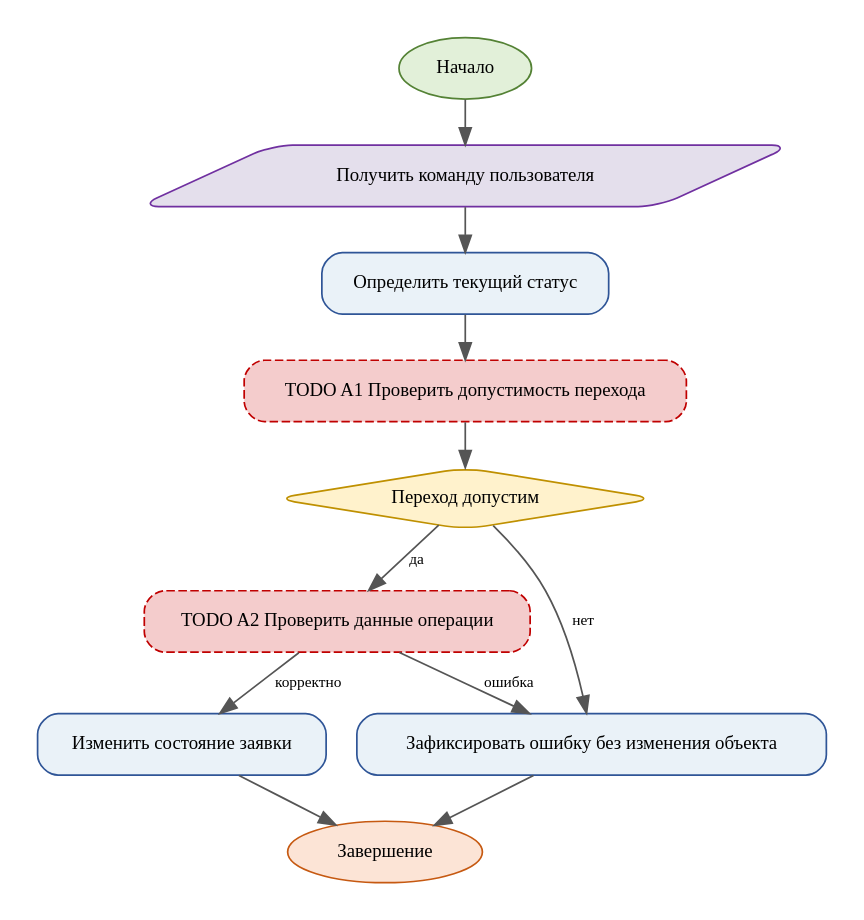
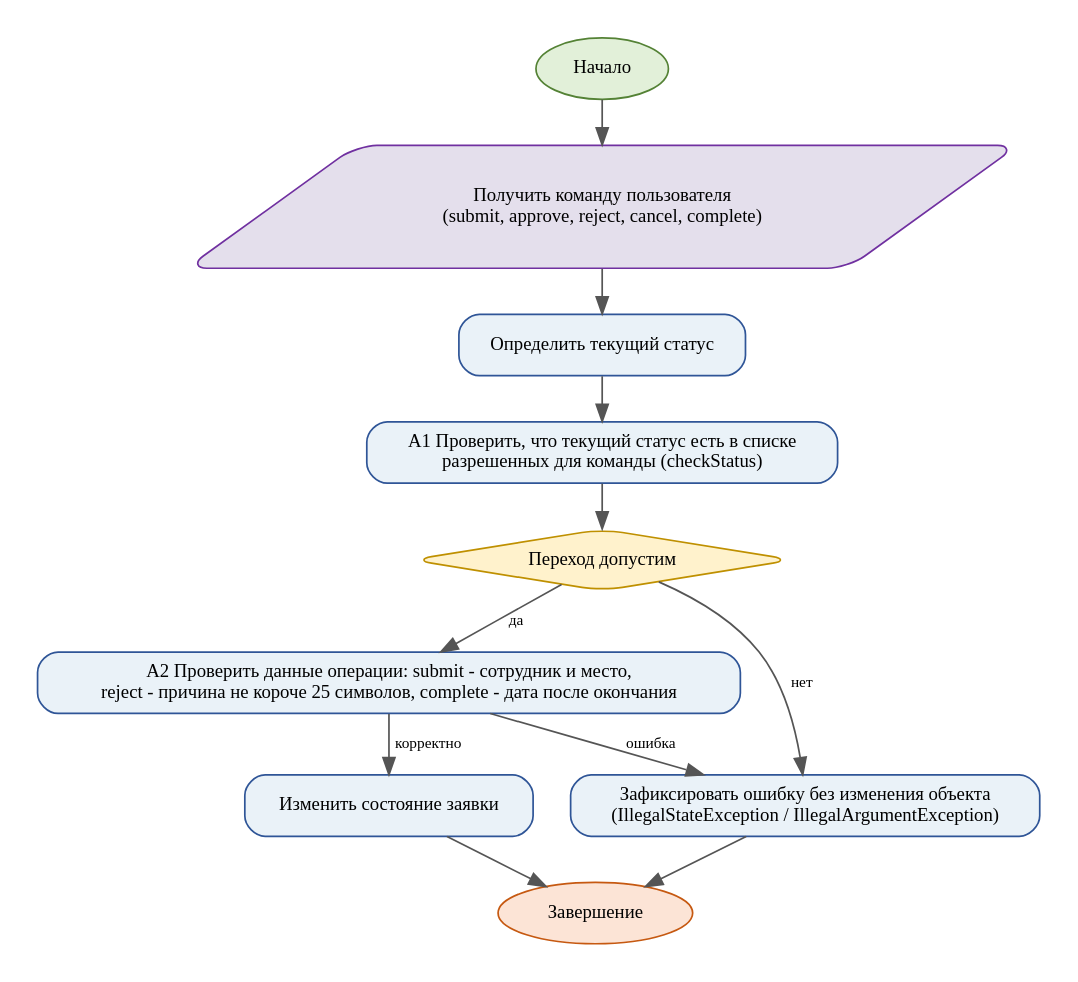
Before and after one commit to svpeditor/pr8-klimashevskiy-da: the diagram in diagrams/activity.dot, drawn with Graphviz. The commit also changed 5 other files, not shown here.

Commit message:
Диаграммы activity, классов и переходов состояний

```diff
--- a/diagrams/activity.dot
+++ b/diagrams/activity.dot
@@ -1,24 +1,24 @@
 digraph G {
-graph [rankdir=TB, bgcolor="white", pad=0.2, nodesep=0.25, ranksep=0.35];
+graph [rankdir=TB, bgcolor="white", pad=0.2, nodesep=0.3, ranksep=0.35];
 node [shape=box, style="rounded,filled", fontname="Times New Roman", fontsize=11, color="#2F5597", fillcolor="#EAF2F8", margin="0.12,0.08"];
 edge [fontname="Times New Roman", fontsize=9, color="#555555"];
 start [label="Начало", shape=oval, fillcolor="#E2F0D9", color="#548235"];
 end [label="Завершение", shape=oval, fillcolor="#FCE4D6", color="#C65911"];
-n1 [label="Получить команду пользователя" ,shape=parallelogram,fillcolor="#E4DFEC",color="#7030A0"];
+n1 [label="Получить команду пользователя\n(submit, approve, reject, cancel, complete)" ,shape=parallelogram,fillcolor="#E4DFEC",color="#7030A0"];
 n2 [label="Определить текущий статус" ];
-n3 [label="TODO A1 Проверить допустимость перехода" ,fillcolor="#F4CCCC",color="#C00000",style="rounded,dashed,filled"];
+n3 [label="A1 Проверить, что текущий статус есть в списке\nразрешенных для команды (checkStatus)" ];
 n4 [label="Переход допустим" ,shape=diamond,fillcolor="#FFF2CC",color="#BF9000"];
-n5 [label="TODO A2 Проверить данные операции" ,fillcolor="#F4CCCC",color="#C00000",style="rounded,dashed,filled"];
+n5 [label="A2 Проверить данные операции: submit - сотрудник и место,\nreject - причина не короче 25 символов, complete - дата после окончания" ];
 n6 [label="Изменить состояние заявки" ];
-n7 [label="Зафиксировать ошибку без изменения объекта" ];
+n7 [label="Зафиксировать ошибку без изменения объекта\n(IllegalStateException / IllegalArgumentException)" ];
 start -> n1;
 n1 -> n2;
 n2 -> n3;
 n3 -> n4;
 n4 -> n5 [label="да"];
 n4 -> n7 [label="нет"];
 n5 -> n6 [label="корректно"];
 n5 -> n7 [label="ошибка"];
 n6 -> end;
 n7 -> end;
 }
```
